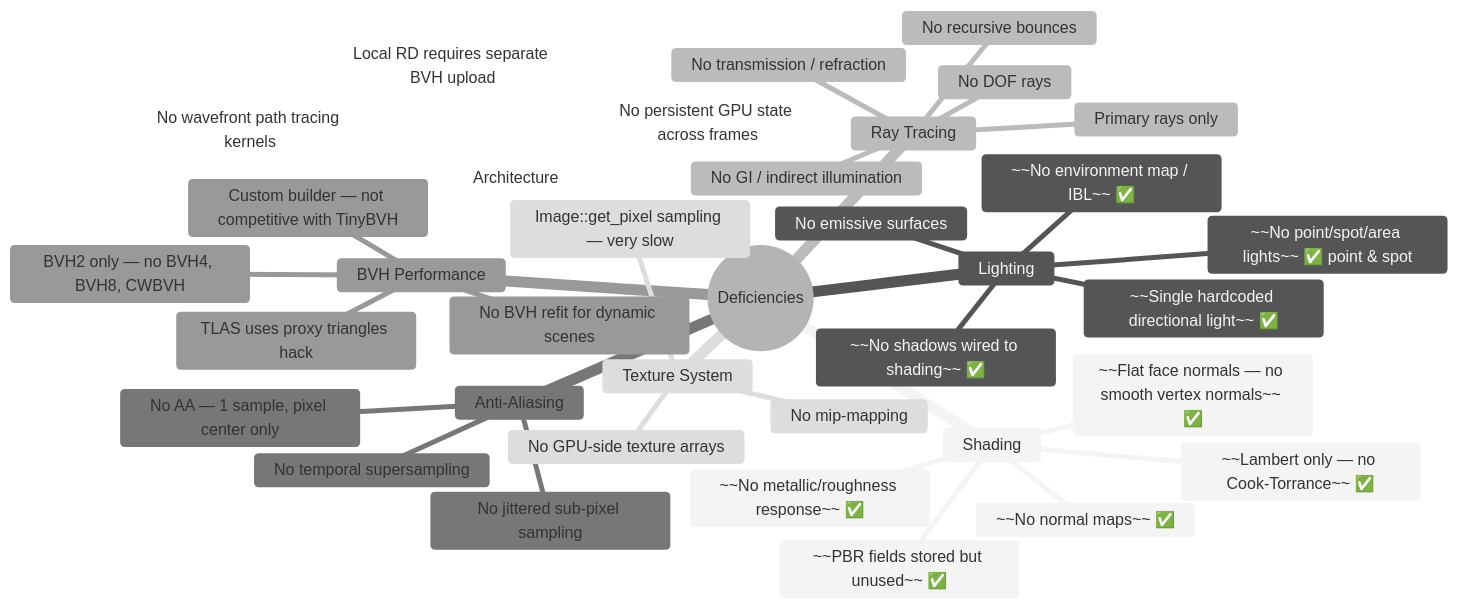
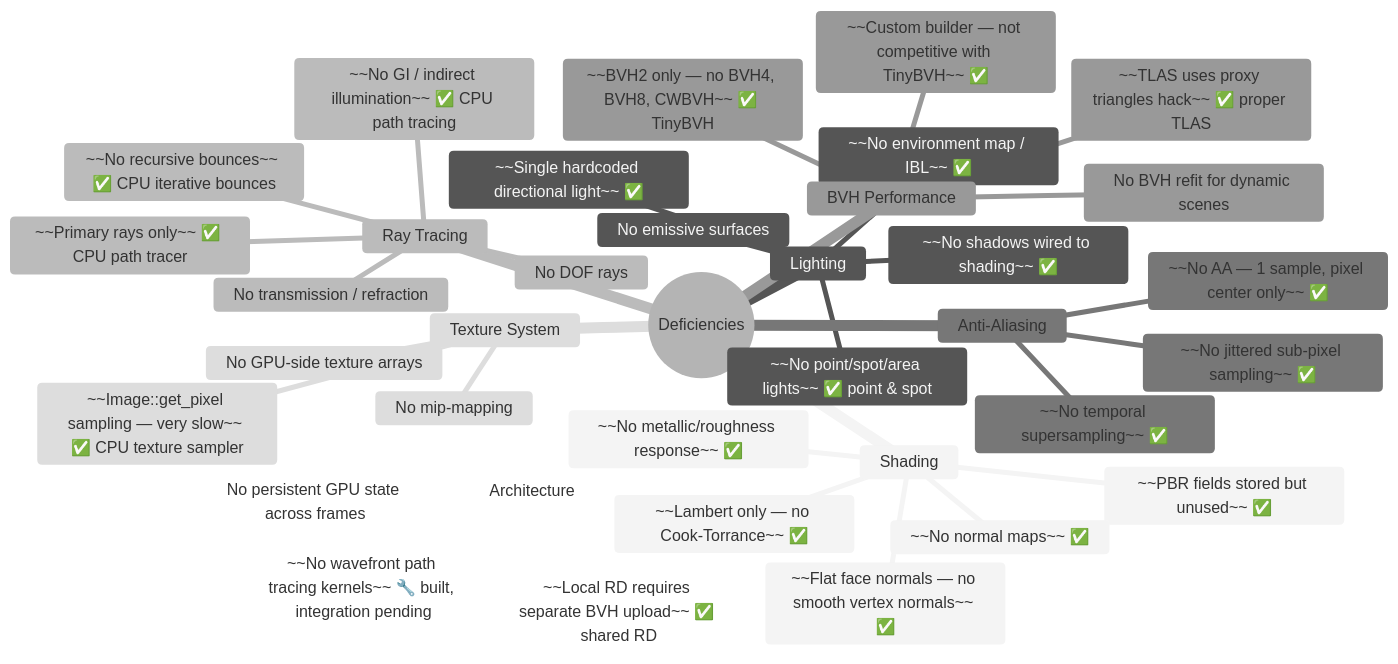
One commit to VitorMPCastro/MessyerRaytracer changed the fourth of 11 diagrams in ROADMAP.md. Above: the diagram before and after it, drawn with Mermaid (neutral theme). The commit also changed other lines of this file and 4 other files, not shown here.

````diff
--- a/ROADMAP.md
+++ b/ROADMAP.md
@@ -181,39 +194,39 @@
 ```mermaid
 mindmap
   root((Deficiencies))
     Shading
       ~~Lambert only — no Cook-Torrance~~ ✅
       ~~PBR fields stored but unused~~ ✅
       ~~No metallic/roughness response~~ ✅
       ~~Flat face normals — no smooth vertex normals~~ ✅
       ~~No normal maps~~ ✅
     Lighting
       ~~Single hardcoded directional light~~ ✅
       ~~No point/spot/area lights~~ ✅ point & spot
       ~~No environment map / IBL~~ ✅
       ~~No shadows wired to shading~~ ✅
       No emissive surfaces
     Ray Tracing
-      Primary rays only
-      No recursive bounces
-      No GI / indirect illumination
+      ~~Primary rays only~~ ✅ CPU path tracer
+      ~~No recursive bounces~~ ✅ CPU iterative bounces
+      ~~No GI / indirect illumination~~ ✅ CPU path tracing
       No transmission / refraction
       No DOF rays
     Anti-Aliasing
-      No AA — 1 sample, pixel center only
-      No jittered sub-pixel sampling
-      No temporal supersampling
+      ~~No AA — 1 sample, pixel center only~~ ✅
+      ~~No jittered sub-pixel sampling~~ ✅
+      ~~No temporal supersampling~~ ✅
     BVH Performance
-      BVH2 only — no BVH4, BVH8, CWBVH
-      Custom builder — not competitive with TinyBVH
-      TLAS uses proxy triangles hack
+      ~~BVH2 only — no BVH4, BVH8, CWBVH~~ ✅ TinyBVH
+      ~~Custom builder — not competitive with TinyBVH~~ ✅
+      ~~TLAS uses proxy triangles hack~~ ✅ proper TLAS
       No BVH refit for dynamic scenes
     Texture System
-      Image::get_pixel sampling — very slow
+      ~~Image::get_pixel sampling — very slow~~ ✅ CPU texture sampler
       No GPU-side texture arrays
       No mip-mapping
     Architecture
-      Local RD requires separate BVH upload
-      No wavefront path tracing kernels
+      ~~Local RD requires separate BVH upload~~ ✅ shared RD
+      ~~No wavefront path tracing kernels~~ 🔧 built, integration pending
       No persistent GPU state across frames
 ```
````
